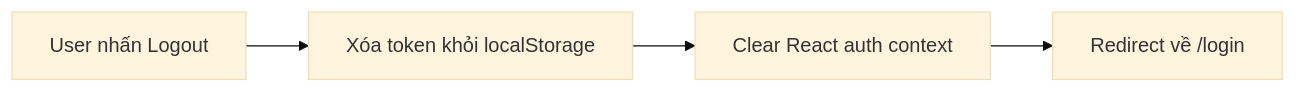
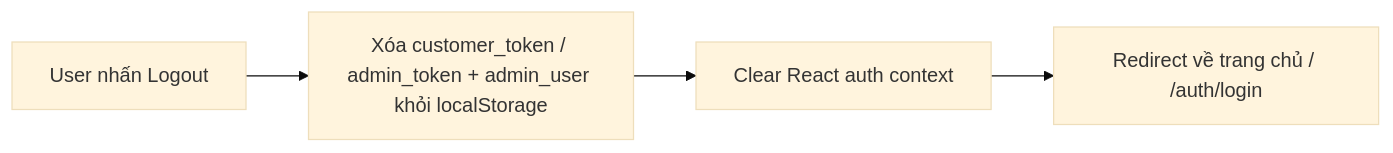
The fifth of 5 diagrams in docs/01-auth/flows.md (pathust/mong.fruitboxz), drawn with Mermaid (base theme) before and after one commit. The commit also changed other lines of this file and 1 other file, not shown here.

````diff
--- a/docs/01-auth/flows.md
+++ b/docs/01-auth/flows.md
@@ -109,6 +117,6 @@
 ```mermaid
 flowchart LR
-    A[User nhấn Logout] --> B[Xóa token khỏi localStorage]
+    A[User nhấn Logout] --> B["Xóa customer_token / admin_token + admin_user khỏi localStorage"]
     B --> C[Clear React auth context]
-    C --> D[Redirect về /login]
+    C --> D[Redirect về trang chủ / /auth/login]
 ```
````
